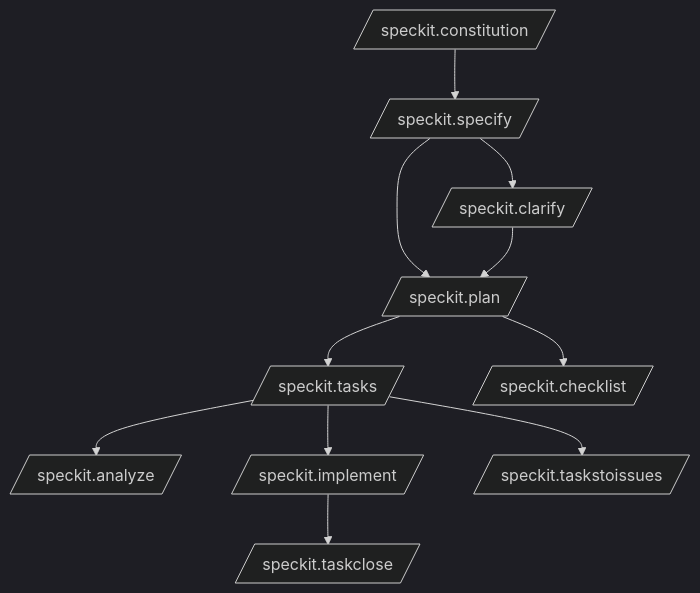
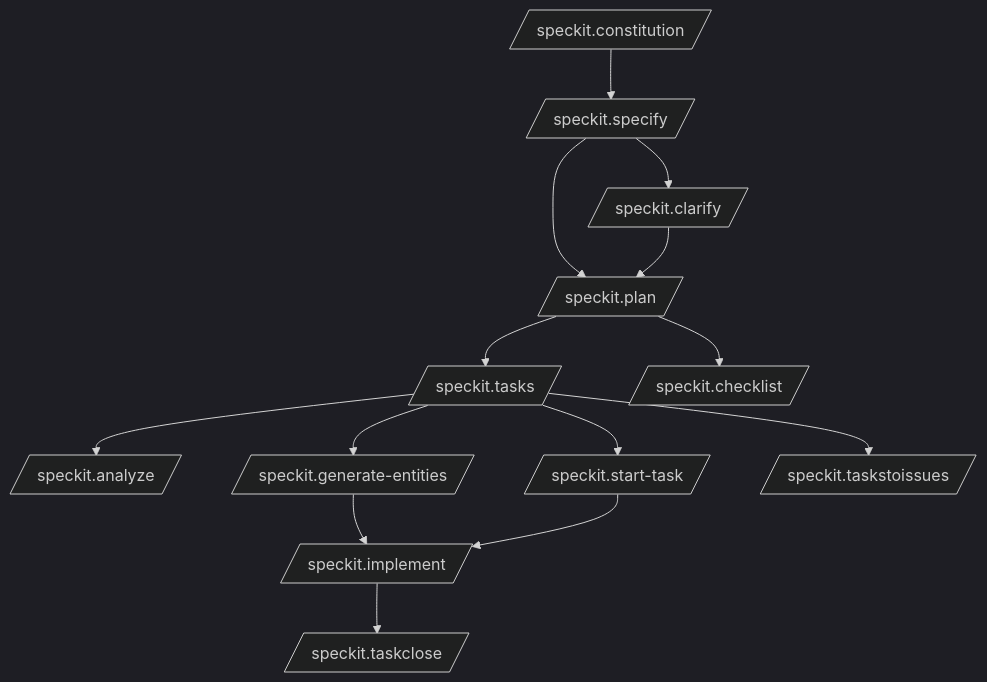
The first of 2 diagrams in docs/workflows/specify-codex-flow.md (TavallaGh/FinanceManagement), drawn with Mermaid (dark theme) before and after one commit. The commit also changed other lines of this file and 29 other files, not shown here.

````diff
--- a/docs/workflows/specify-codex-flow.md
+++ b/docs/workflows/specify-codex-flow.md
@@ -7,13 +7,16 @@
 ```mermaid
 flowchart TD
     A[/speckit.constitution/] --> B[/speckit.specify/]
     B --> C[/speckit.clarify/]
     B --> D[/speckit.plan/]
     C --> D
     D --> E[/speckit.tasks/]
     D --> F[/speckit.checklist/]
     E --> G[/speckit.analyze/]
-    E --> H[/speckit.implement/]
+    E --> GE[/speckit.generate-entities/]
+    E --> ST[/speckit.start-task/]
+    GE --> H[/speckit.implement/]
+    ST --> H[/speckit.implement/]
     E --> I[/speckit.taskstoissues/]
     H --> J[/speckit.taskclose/]
 ```
````
